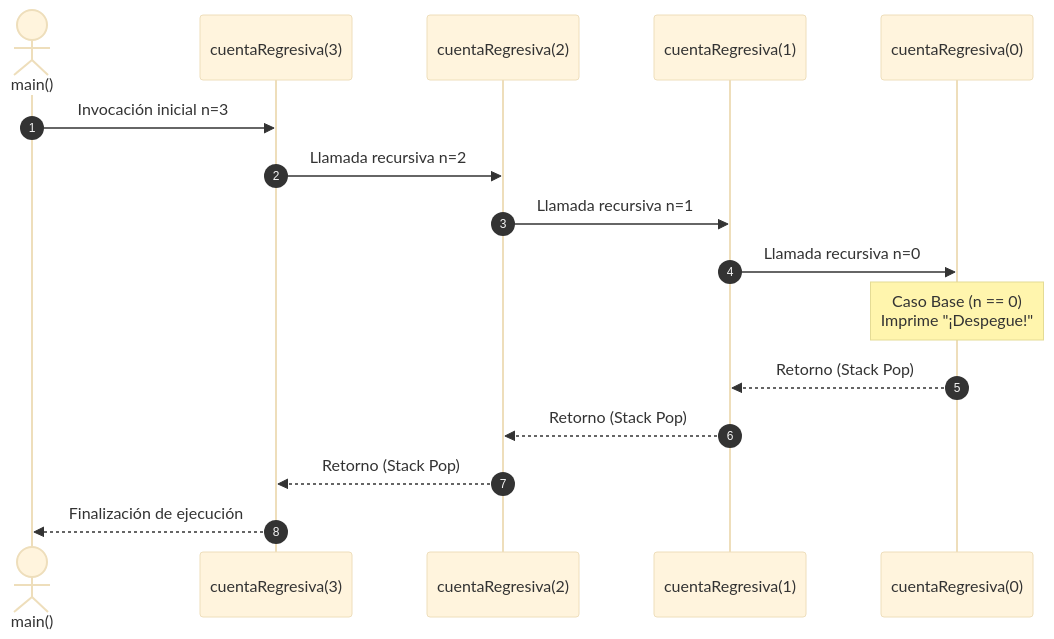
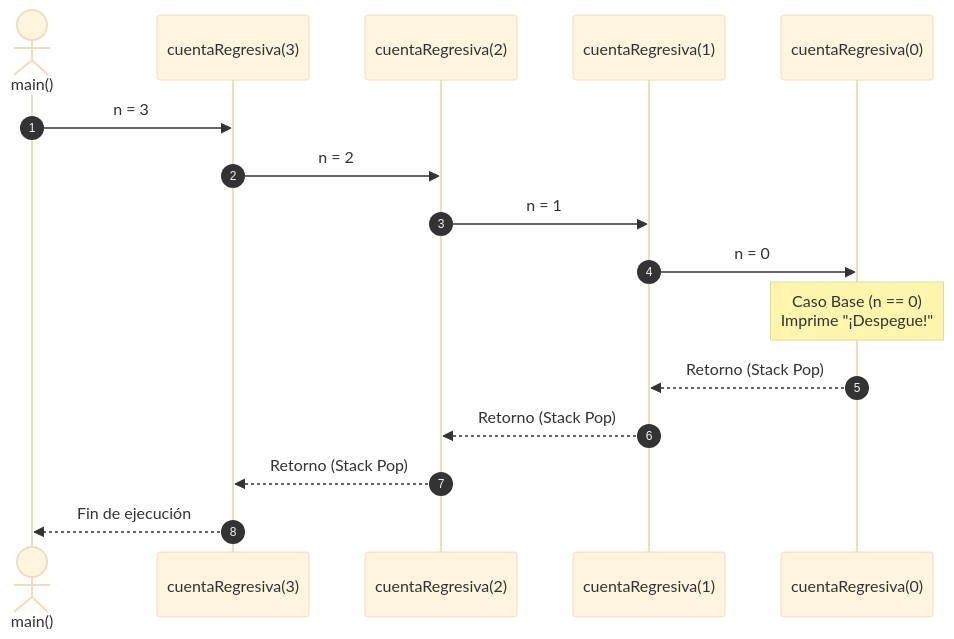
Before and after one commit to MiniLux0/LearningCpp: the second of 2 diagrams in 05_RecursionAlgorithms/theory/L31_ThinkingRecursively.md, drawn with Mermaid (base theme). The commit also changed other lines of this file and 8 other files, not shown here.

````diff
--- a/05_RecursionAlgorithms/theory/L31_ThinkingRecursively.md
+++ b/05_RecursionAlgorithms/theory/L31_ThinkingRecursively.md
@@ -110,19 +113,19 @@
 ```mermaid
 sequenceDiagram
     autonumber
     actor Main as main()
     participant F3 as cuentaRegresiva(3)
     participant F2 as cuentaRegresiva(2)
     participant F1 as cuentaRegresiva(1)
     participant F0 as cuentaRegresiva(0)
 
-    Main->>F3: Invocación inicial n=3
-    F3->>F2: Llamada recursiva n=2
-    F2->>F1: Llamada recursiva n=1
-    F1->>F0: Llamada recursiva n=0
+    Main->>F3: n = 3
+    F3->>F2: n = 2
+    F2->>F1: n = 1
+    F1->>F0: n = 0
     Note over F0: Caso Base (n == 0)<br/>Imprime "¡Despegue!"
     F0-->>F1: Retorno (Stack Pop)
     F1-->>F2: Retorno (Stack Pop)
     F2-->>F3: Retorno (Stack Pop)
-    F3-->>Main: Finalización de ejecución
+    F3-->>Main: Fin de ejecución
 ```
````
